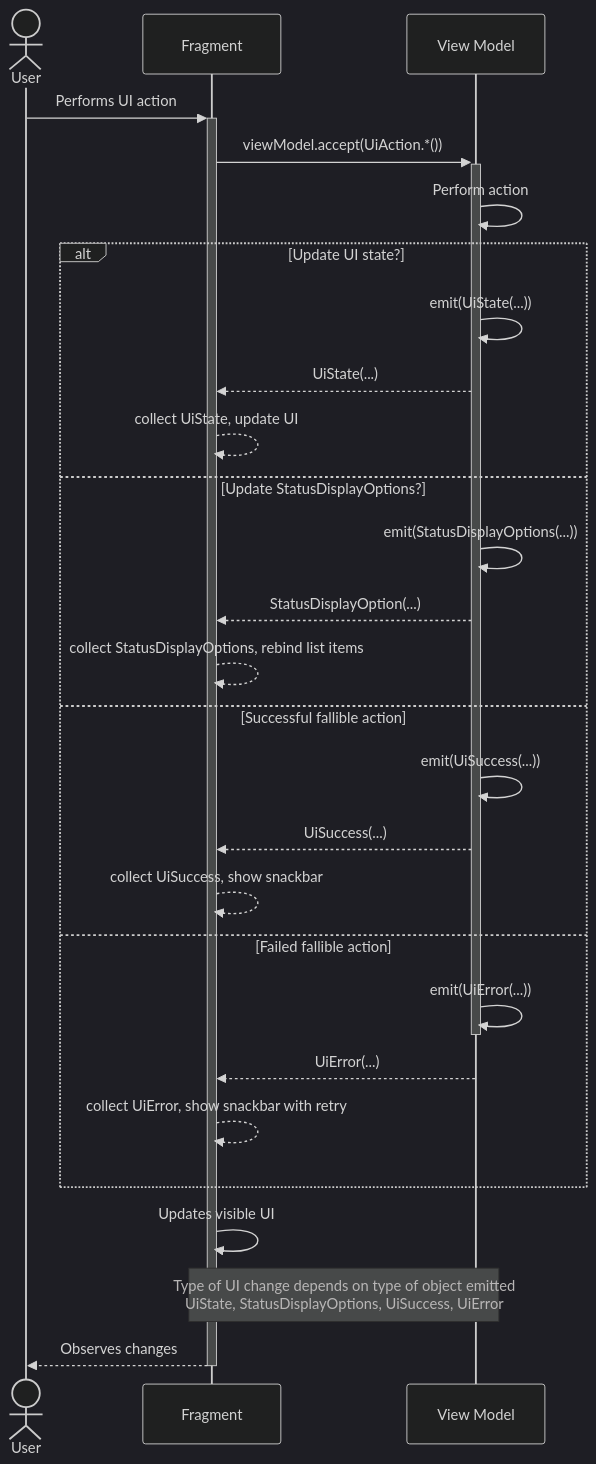
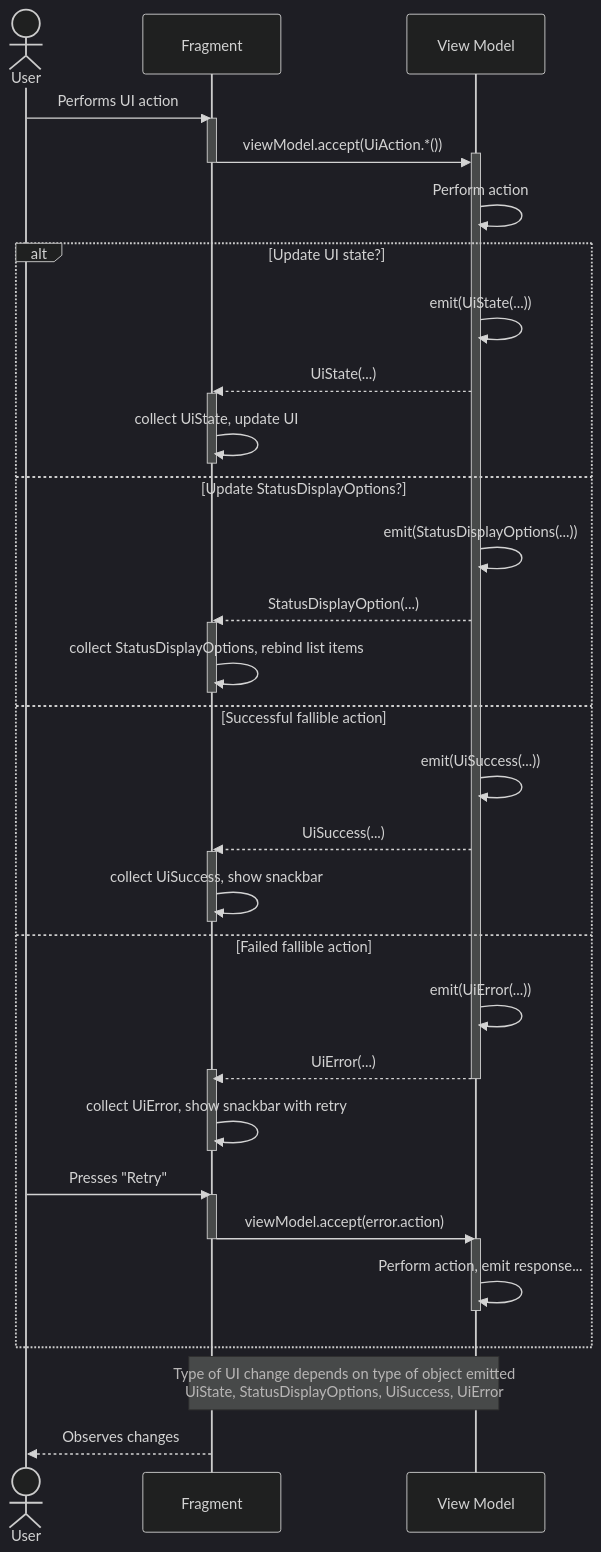
The third of 3 diagrams in doc/ViewModelInterface.md (tuskyapp/Tusky), drawn with Mermaid (dark theme) before and after one commit. The commit also changed other lines of this file, not shown here.

Commit message:
Reorder sequence diagram

````diff
--- a/doc/ViewModelInterface.md
+++ b/doc/ViewModelInterface.md
@@ -398,34 +566,50 @@
 ```mermaid
 sequenceDiagram
     actor user as User
     participant ui as Fragment
     participant vm as View Model
-    user->>+ui: Performs UI action
+    user->>ui: Performs UI action
+    activate ui
     ui->>+vm: viewModel.accept(UiAction.*())
+    deactivate ui
     vm->>vm: Perform action
     alt Update UI state?
       vm->>vm: emit(UiState(...))
       vm-->>ui: UiState(...)
-      ui-->>ui: collect UiState, update UI
+      activate ui
+      ui->>ui: collect UiState, update UI
+      deactivate ui
       
     else Update StatusDisplayOptions?
       vm->>vm: emit(StatusDisplayOptions(...))
       vm-->>ui: StatusDisplayOption(...)
-      ui-->>ui: collect StatusDisplayOptions, rebind list items
+      activate ui
+      ui->>ui: collect StatusDisplayOptions, rebind list items
+      deactivate ui
 
     else Successful fallible action
       vm->>vm: emit(UiSuccess(...))
       vm-->>ui: UiSuccess(...)
-      ui-->>ui: collect UiSuccess, show snackbar
+      activate ui
+      ui->>ui: collect UiSuccess, show snackbar
+      deactivate ui
 
     else Failed fallible action
-      vm->>-vm: emit(UiError(...))
+      vm->>vm: emit(UiError(...))
       vm-->>ui: UiError(...)
-      ui-->>ui: collect UiError, show snackbar with retry
-          
+      activate ui
+      deactivate vm
+      ui->>ui: collect UiError, show snackbar with retry
+      deactivate ui
+      user->>ui: Presses "Retry"
+      activate ui
+      ui->>vm: viewModel.accept(error.action)
+      deactivate ui
+      activate vm
+      vm->>vm: Perform action, emit response...
+      deactivate vm 
     end
-    ui->>ui: Updates visible UI
     note over ui,vm: Type of UI change depends on type of object emitted<br>UiState, StatusDisplayOptions, UiSuccess, UiError
       
-    ui-->>-user: Observes changes
+    ui-->>user: Observes changes
 ```
````
